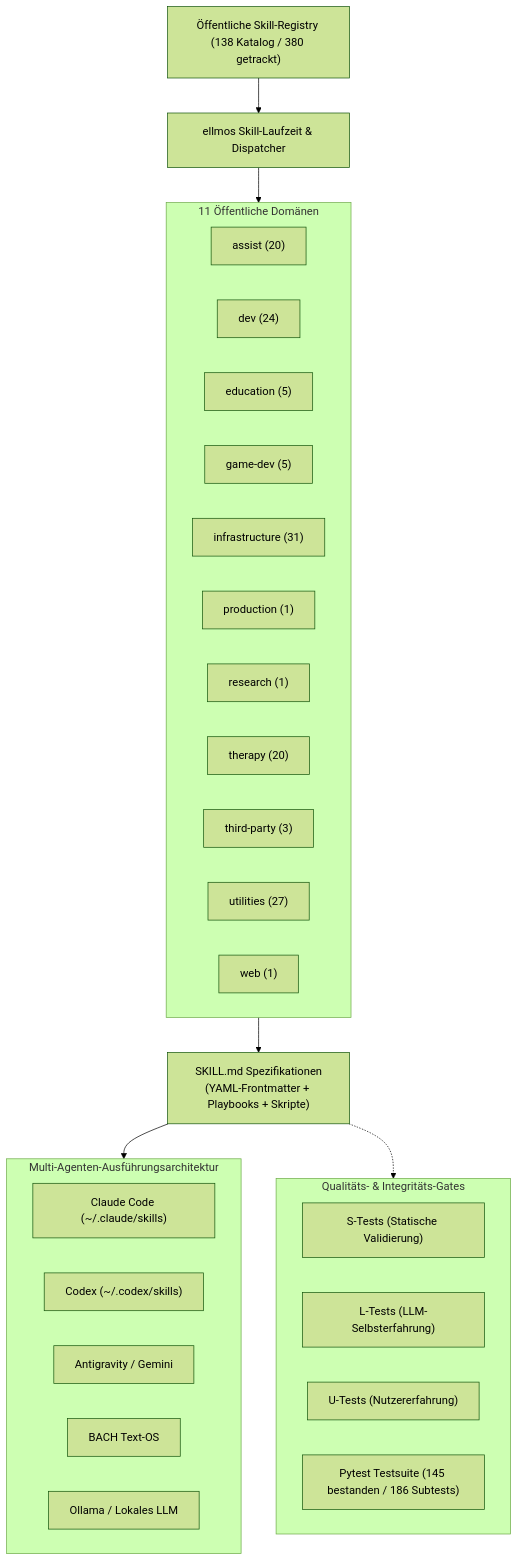
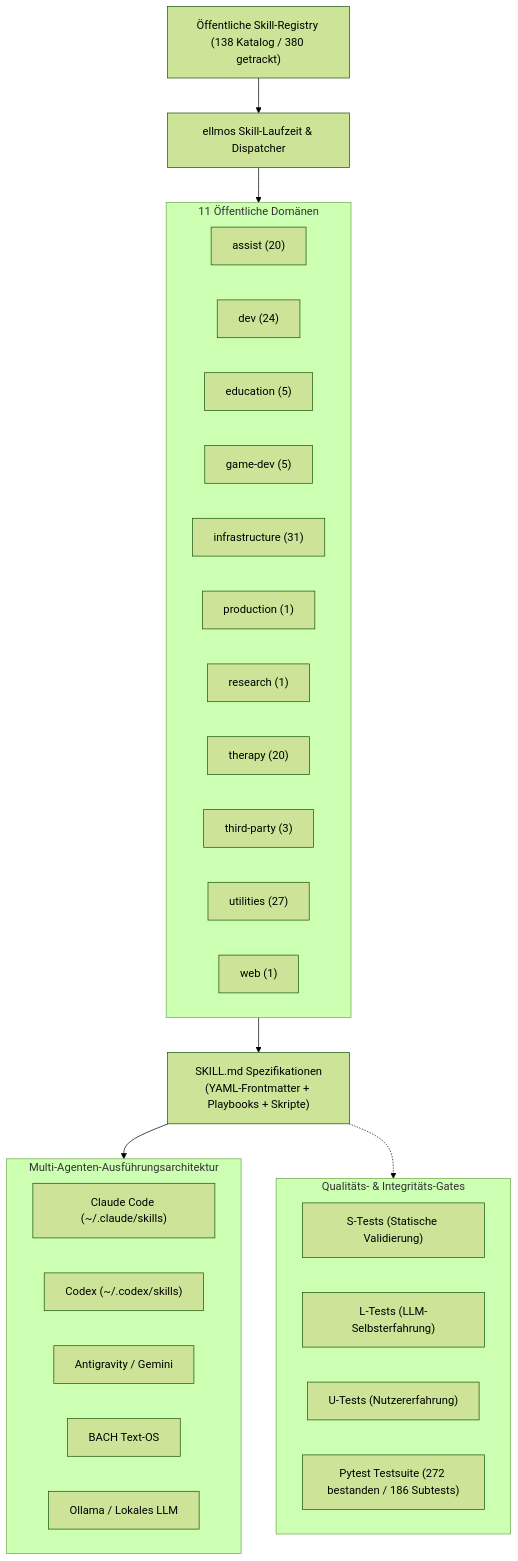
One commit to ellmos-ai/skills changed the first of 2 diagrams in README_de.md. Above: the diagram before and after it, drawn with Mermaid (forest theme). The commit also changed other lines of this file and 1 other file, not shown here.

Commit message:
fix(docs): repair Mermaid diagram syntax in README and README_de

````diff
--- a/README_de.md
+++ b/README_de.md
@@ -45,40 +45,40 @@
 ```mermaid
 flowchart TD
     Registry["Öffentliche Skill-Registry (138 Katalog / 380 getrackt)"] --> Engine["ellmos Skill-Laufzeit & Dispatcher"]
     
     subgraph Catalog ["11 Öffentliche Domänen"]
         Assist["assist (20)"]
         Dev["dev (24)"]
         Edu["education (5)"]
         Game["game-dev (5)"]
         Infra["infrastructure (31)"]
         Prod["production (1)"]
         Res["research (1)"]
         Therapy["therapy (20)"]
         ThirdParty["third-party (3)"]
         Utils["utilities (27)"]
         Web["web (1)"]
     end
     
     Engine --> Catalog
-    Catalog --> Artifacts["SKILL.md Spezifikationen\n(YAML-Frontmatter + Playbooks + Skripte)"]
+    Catalog --> Artifacts["SKILL.md Spezifikationen<br/>(YAML-Frontmatter + Playbooks + Skripte)"]
     
     subgraph MultiAgentRuntimes ["Multi-Agenten-Ausführungsarchitektur"]
         ClaudeCode["Claude Code (~/.claude/skills)"]
         Codex["Codex (~/.codex/skills)"]
         AGY["Antigravity / Gemini"]
         BACH["BACH Text-OS"]
         LocalOllama["Ollama / Lokales LLM"]
     end
     
     Artifacts --> MultiAgentRuntimes
     
     subgraph QualityGates ["Qualitäts- & Integritäts-Gates"]
         STests["S-Tests (Statische Validierung)"]
         LTests["L-Tests (LLM-Selbsterfahrung)"]
         UTests["U-Tests (Nutzererfahrung)"]
-        PytestSuite["Pytest Testsuite (145 bestanden / 186 Subtests)"]
+        PytestSuite["Pytest Testsuite (272 bestanden / 186 Subtests)"]
     end
     
     Artifacts -.-> QualityGates
 ```
````
